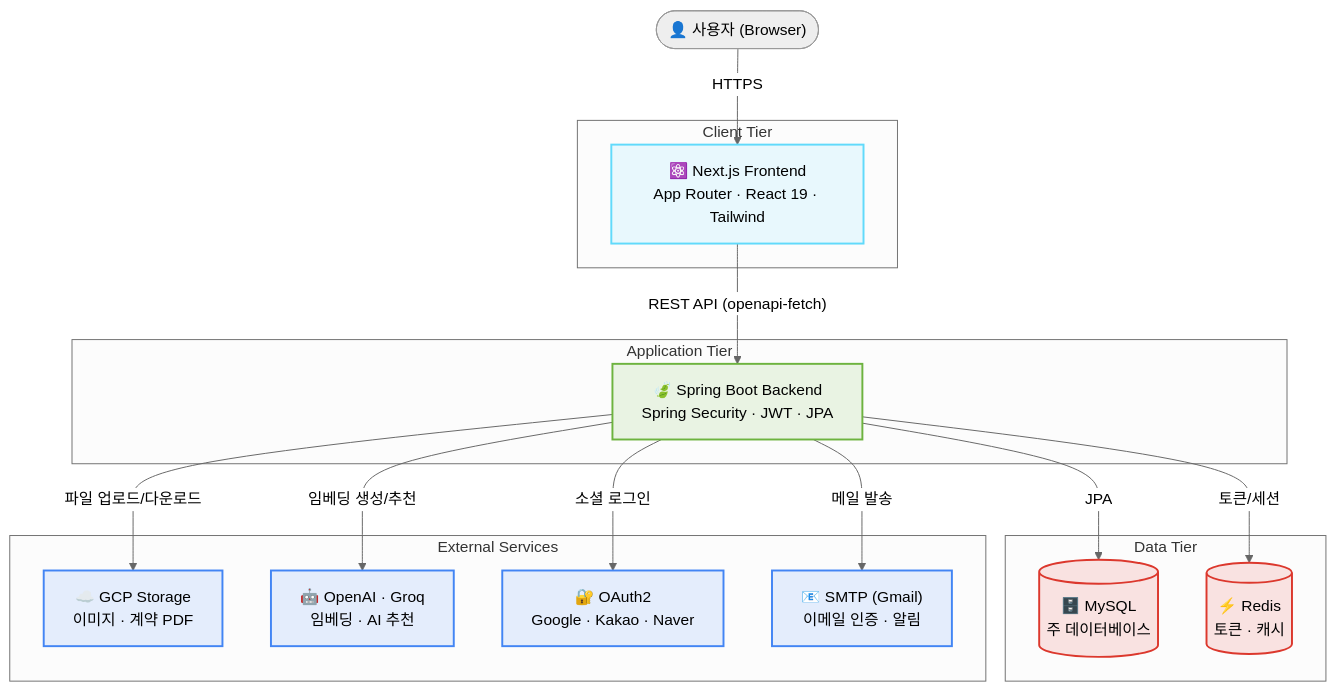
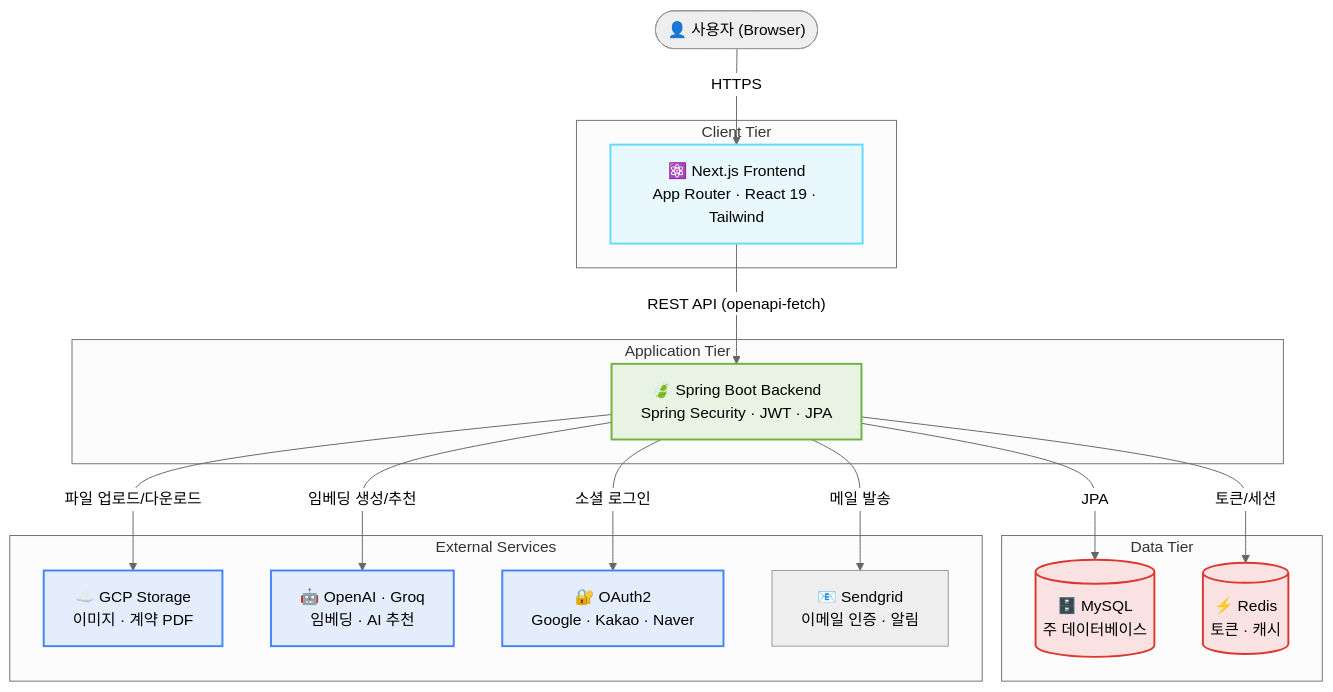
One commit to prgrms-aibe-devcourse/AIBE6_Project2_Team01 changed the first of 2 diagrams in README.md. Above: the diagram before and after it, drawn with Mermaid (neutral theme).

Commit message:
[Docs] README 일부 수정

````diff
--- a/README.md
+++ b/README.md
@@ -464,44 +464,44 @@
 ```mermaid
 flowchart TD
     Browser(["👤 사용자 (Browser)"])
 
     subgraph Client["Client Tier"]
         FE["⚛️ Next.js Frontend<br/>App Router · React 19 · Tailwind"]
     end
 
     subgraph Server["Application Tier"]
         BE["🍃 Spring Boot Backend<br/>Spring Security · JWT · JPA"]
     end
 
     subgraph Data["Data Tier"]
         MySQL[("🗄️ MySQL<br/>주 데이터베이스")]
         Redis[("⚡ Redis<br/>토큰 · 캐시")]
     end
 
     subgraph External["External Services"]
         GCS["☁️ GCP Storage<br/>이미지 · 계약 PDF"]
         AI["🤖 OpenAI · Groq<br/>임베딩 · AI 추천"]
         OAuth["🔐 OAuth2<br/>Google · Kakao · Naver"]
-        SMTP["📧 SMTP (Gmail)<br/>이메일 인증 · 알림"]
+        Sendgrid["📧 Sendgrid <br/>이메일 인증 · 알림"]
     end
 
     Browser -->|HTTPS| FE
     FE -->|"REST API (openapi-fetch)"| BE
 
     BE -->|JPA| MySQL
     BE -->|토큰/세션| Redis
     BE -->|파일 업로드/다운로드| GCS
     BE -->|임베딩 생성/추천| AI
     BE -->|소셜 로그인| OAuth
-    BE -->|메일 발송| SMTP
+    BE -->|메일 발송| Sendgrid
 
     classDef client fill:#61DAFB22,stroke:#61DAFB,stroke-width:2px;
     classDef server fill:#6DB33F22,stroke:#6DB33F,stroke-width:2px;
     classDef data fill:#DC382D22,stroke:#DC382D,stroke-width:2px;
     classDef ext fill:#4285F422,stroke:#4285F4,stroke-width:2px;
 
     class FE client;
     class BE server;
     class MySQL,Redis data;
     class GCS,AI,OAuth,SMTP ext;
 ```
````
